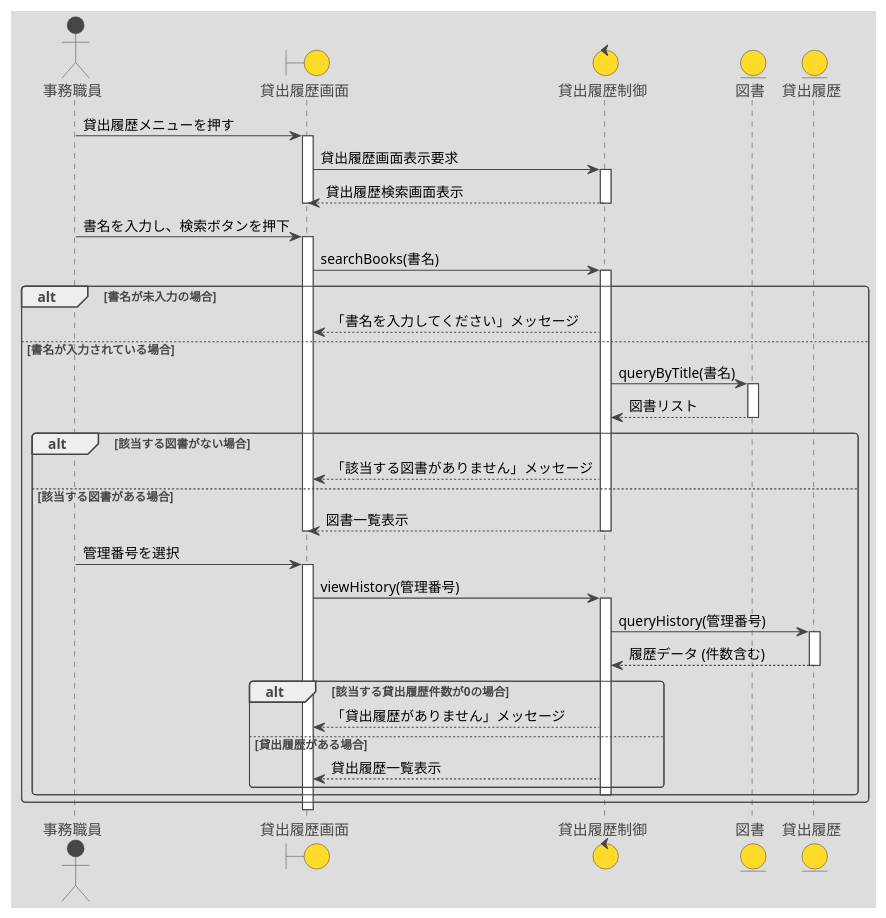
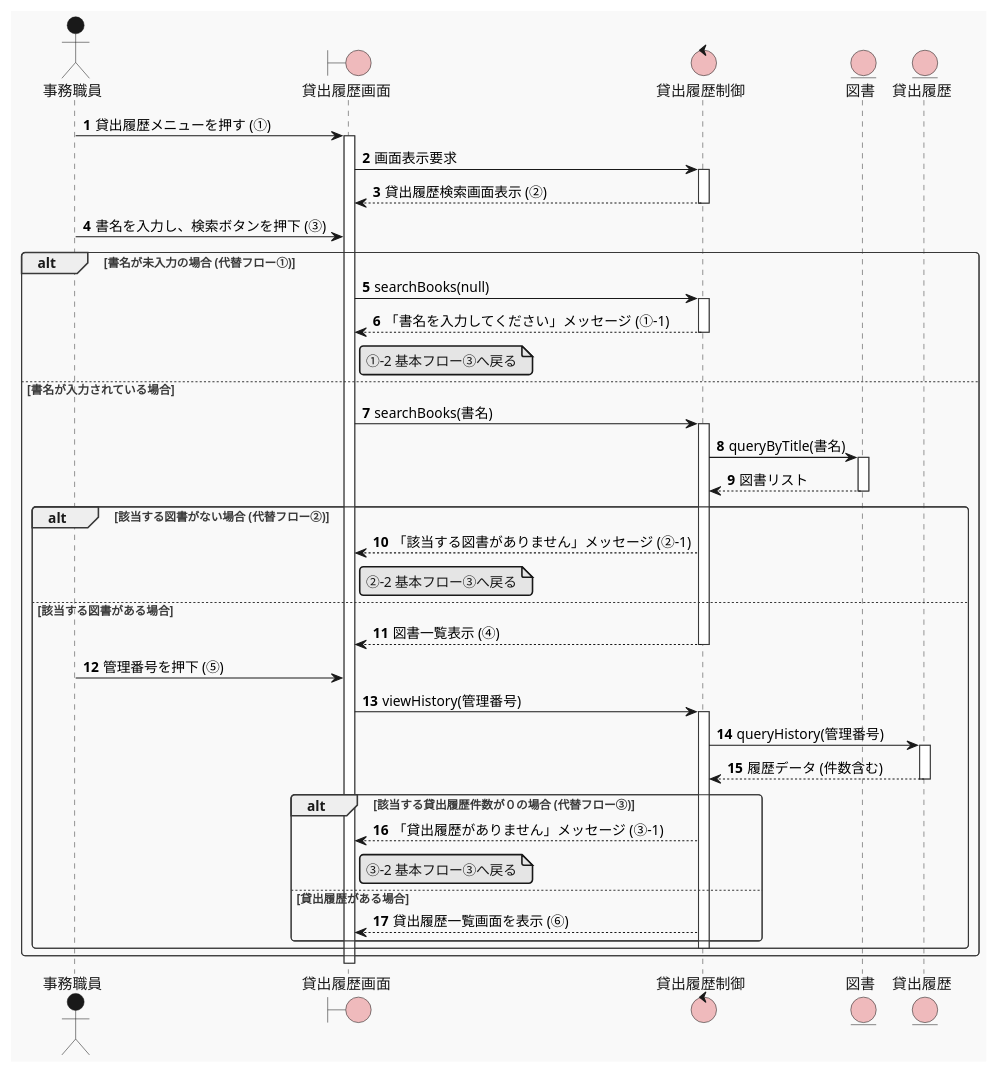
Before and after one commit to mameiku/group3-4-No.2: the diagram in sequencs_04.pu, drawn with PlantUML.

Commit message:
変更

```diff
--- a/sequencs_04.pu
+++ b/sequencs_04.pu
@@ -1,66 +1,72 @@
 @startuml .
-!theme toy
+!theme mars
 
 actor "事務職員" as Staff
 boundary "貸出履歴画面" as HScreen
 control "貸出履歴制御" as HCtrl
 entity "図書" as Book
 entity "貸出履歴" as Loan
 
-' 基本フロー ①～②: 画面表示
-Staff -> HScreen: 貸出履歴メニューを押す
+autonumber
+
+' ①～② 画面表示
+Staff -> HScreen: 貸出履歴メニューを押す (①)
 activate HScreen
-HScreen -> HCtrl: 貸出履歴画面表示要求
+HScreen -> HCtrl: 画面表示要求
 activate HCtrl
-HCtrl --> HScreen: 貸出履歴検索画面表示
+HCtrl --> HScreen: 貸出履歴検索画面表示 (②)
 deactivate HCtrl
-deactivate HScreen
 
-' 基本フロー ③: 書名検索ボタン押下
-Staff -> HScreen: 書名を入力し、検索ボタンを押下
-activate HScreen
-HScreen -> HCtrl: searchBooks(書名)
-activate HCtrl
+' ③ 書名検索ボタン押下
+Staff -> HScreen: 書名を入力し、検索ボタンを押下 (③)
 
-' 代替フロー ①: 書名が未入力の場合の分岐
-alt 書名が未入力の場合
-    HCtrl --> HScreen: 「書名を入力してください」メッセージ
+' 代替フローと基本フローの分岐処理
+alt 書名が未入力の場合 (代替フロー①)
+    HScreen -> HCtrl: searchBooks(null)
+    activate HCtrl
+    HCtrl --> HScreen: 「書名を入力してください」メッセージ (①-1)
+    note right of HScreen: ①-2 基本フロー③へ戻る
+    deactivate HCtrl
 else 書名が入力されている場合
-    ' 基本フロー ④: DB検索と結果取得
+
+    HScreen -> HCtrl: searchBooks(書名)
+    activate HCtrl
+    
+    ' ④ DB検索と結果取得
     HCtrl -> Book: queryByTitle(書名)
     activate Book
     Book --> HCtrl: 図書リスト
     deactivate Book
 
-    ' 代替フロー ②: 該当図書がない場合の分岐
-    alt 該当する図書がない場合
-        HCtrl --> HScreen: 「該当する図書がありません」メッセージ
+    alt 該当する図書がない場合 (代替フロー②)
+        HCtrl --> HScreen: 「該当する図書がありません」メッセージ (②-1)
+        note right of HScreen: ②-2 基本フロー③へ戻る
+    
     else 該当する図書がある場合
-        HCtrl --> HScreen: 図書一覧表示
+        HCtrl --> HScreen: 図書一覧表示 (④)
         deactivate HCtrl
-        deactivate HScreen
 
-        ' 基本フロー ⑤: 管理番号選択
-        Staff -> HScreen: 管理番号を選択
-        activate HScreen
-
-        ' 基本フロー ⑥: 履歴取得
+        ' ⑤ 管理番号選択
+        Staff -> HScreen: 管理番号を押下 (⑤)
+        
+        ' ⑥ 履歴取得
         HScreen -> HCtrl: viewHistory(管理番号)
         activate HCtrl
         HCtrl -> Loan: queryHistory(管理番号)
         activate Loan
         Loan --> HCtrl: 履歴データ (件数含む)
         deactivate Loan
-
-        ' 代替フロー ③: 貸出履歴件数が0の場合の分岐
-        alt 該当する貸出履歴件数が0の場合
-            HCtrl --> HScreen: 「貸出履歴がありません」メッセージ
+        
+        alt 該当する貸出履歴件数が０の場合 (代替フロー③)
+            HCtrl --> HScreen: 「貸出履歴がありません」メッセージ (③-1)
+            note right of HScreen: ③-2 基本フロー③へ戻る
+        
         else 貸出履歴がある場合
-            HCtrl --> HScreen: 貸出履歴一覧表示
+            HCtrl --> HScreen: 貸出履歴一覧画面を表示 (⑥)
         end
         deactivate HCtrl
     end
 end
-deactivate HCtrl
 deactivate HScreen
+
 @enduml
```
